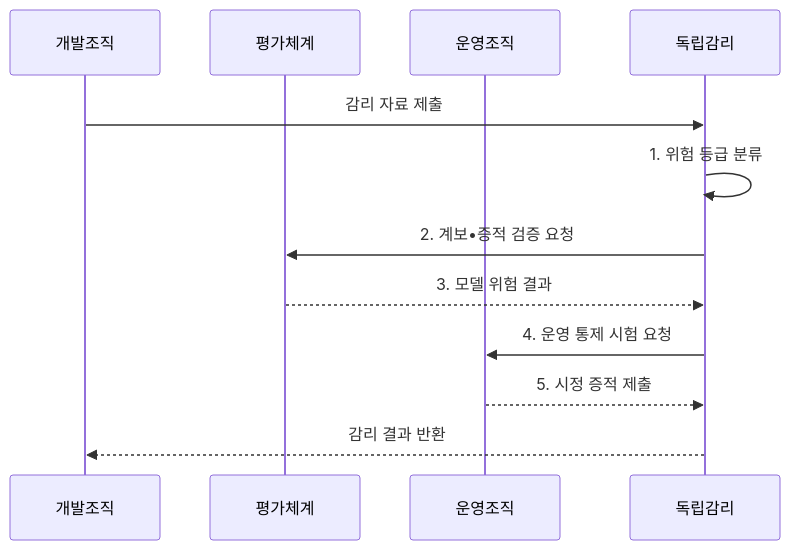
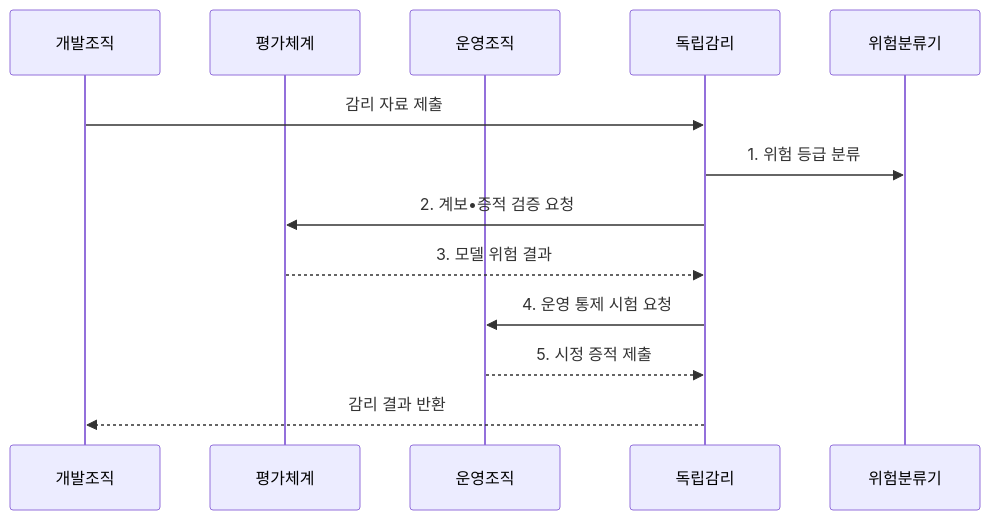
One commit to agnusdei1207/knowledge-base changed the second of 2 diagrams in src/content/docs/notes/03-software/228_ai_software_audit.md. Above: the diagram before and after it, drawn with Mermaid. The commit also changed other lines of this file and 6 other files, not shown here.

````diff
--- a/src/content/docs/notes/03-software/228_ai_software_audit.md
+++ b/src/content/docs/notes/03-software/228_ai_software_audit.md
@@ -107,14 +107,15 @@
 ```mermaid
 sequenceDiagram
     participant 개발조직
     participant 평가체계
     participant 운영조직
     participant 독립감리
+    participant 위험분류기
     개발조직->>독립감리: 감리 자료 제출
-    독립감리->>독립감리: 1. 위험 등급 분류
+    독립감리->>위험분류기: 1. 위험 등급 분류
     독립감리->>평가체계: 2. 계보•증적 검증 요청
     평가체계-->>독립감리: 3. 모델 위험 결과
     독립감리->>운영조직: 4. 운영 통제 시험 요청
     운영조직-->>독립감리: 5. 시정 증적 제출
     독립감리-->>개발조직: 감리 결과 반환
 ```
````
